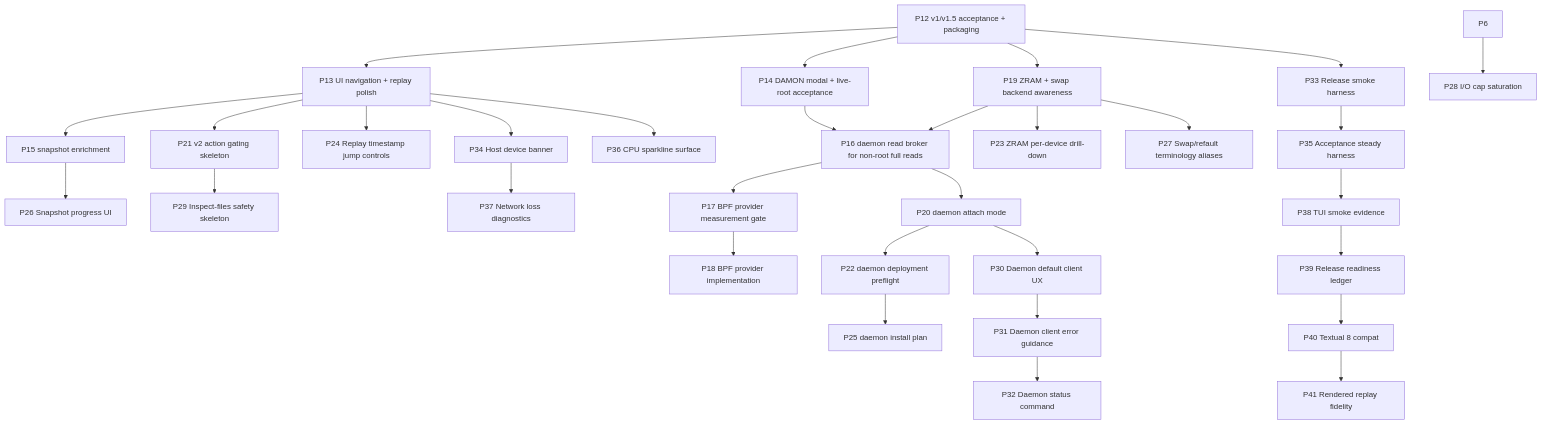
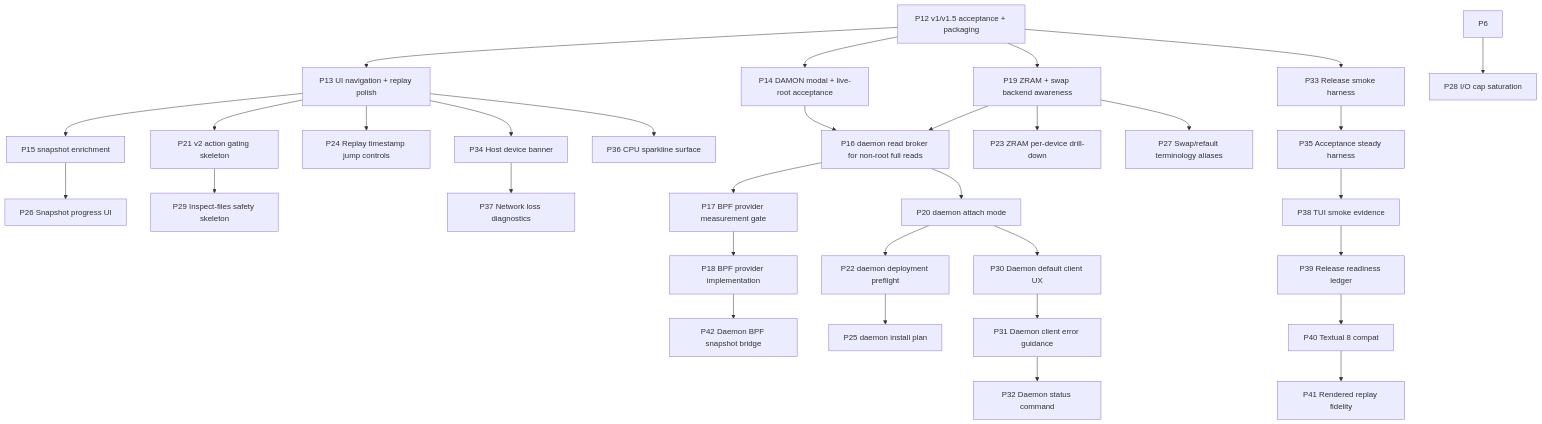
The diagram in groop/docs/ROADMAP.md (volkb79-2/vbpub), drawn with Mermaid before and after one commit. The commit also changed other lines of this file and 2 other files, not shown here.

Commit message:
docs(groop): carve P42 daemon BPF snapshot bridge

````diff
--- a/groop/docs/ROADMAP.md
+++ b/groop/docs/ROADMAP.md
@@ -27,33 +27,34 @@
 ```mermaid
 flowchart TD
     P12[P12 v1/v1.5 acceptance + packaging] --> P13[P13 UI navigation + replay polish]
     P12 --> P14[P14 DAMON modal + live-root acceptance]
     P13 --> P15[P15 snapshot enrichment]
     P12 --> P19[P19 ZRAM + swap backend awareness]
     P19 --> P16[P16 daemon read broker for non-root full reads]
     P14 --> P16
     P16 --> P17[P17 BPF provider measurement gate]
     P17 --> P18[P18 BPF provider implementation]
     P16 --> P20[P20 daemon attach mode]
     P20 --> P22[P22 daemon deployment preflight]
     P22 --> P25[P25 daemon install plan]
     P13 --> P21[P21 v2 action gating skeleton]
     P19 --> P23[P23 ZRAM per-device drill-down]
     P13 --> P24[P24 Replay timestamp jump controls]
     P15 --> P26[P26 Snapshot progress UI]
     P19 --> P27[P27 Swap/refault terminology aliases]
     P6 --> P28[P28 I/O cap saturation]
     P21 --> P29[P29 Inspect-files safety skeleton]
     P20 --> P30[P30 Daemon default client UX]
     P30 --> P31[P31 Daemon client error guidance]
     P31 --> P32[P32 Daemon status command]
     P12 --> P33[P33 Release smoke harness]
     P33 --> P35[P35 Acceptance steady harness]
     P13 --> P34[P34 Host device banner]
     P13 --> P36[P36 CPU sparkline surface]
     P34 --> P37[P37 Network loss diagnostics]
     P35 --> P38[P38 TUI smoke evidence]
     P38 --> P39[P39 Release readiness ledger]
     P39 --> P40[P40 Textual 8 compat]
     P40 --> P41[P41 Rendered replay fidelity]
+    P18 --> P42[P42 Daemon BPF snapshot bridge]
 ```
````
